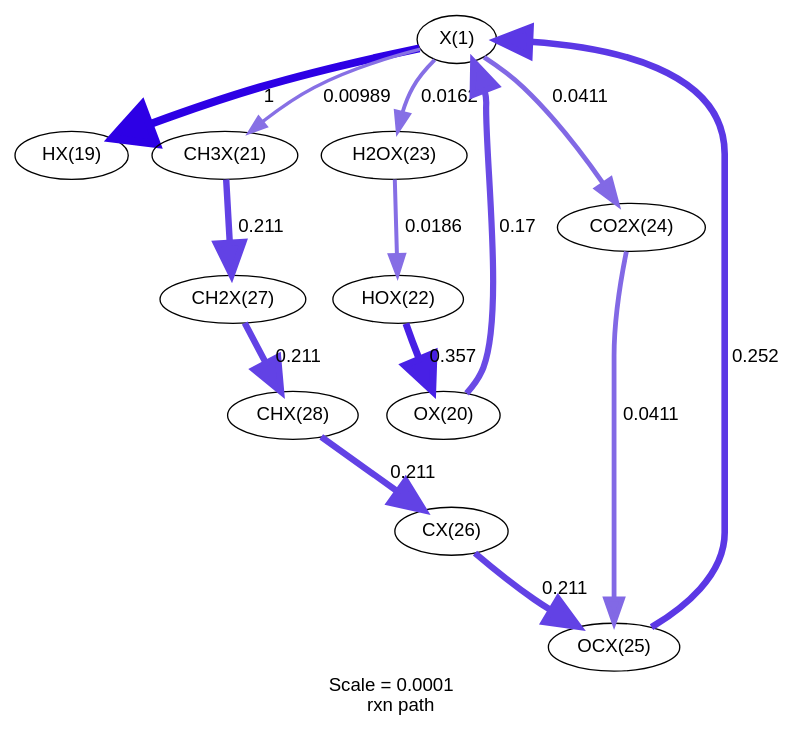
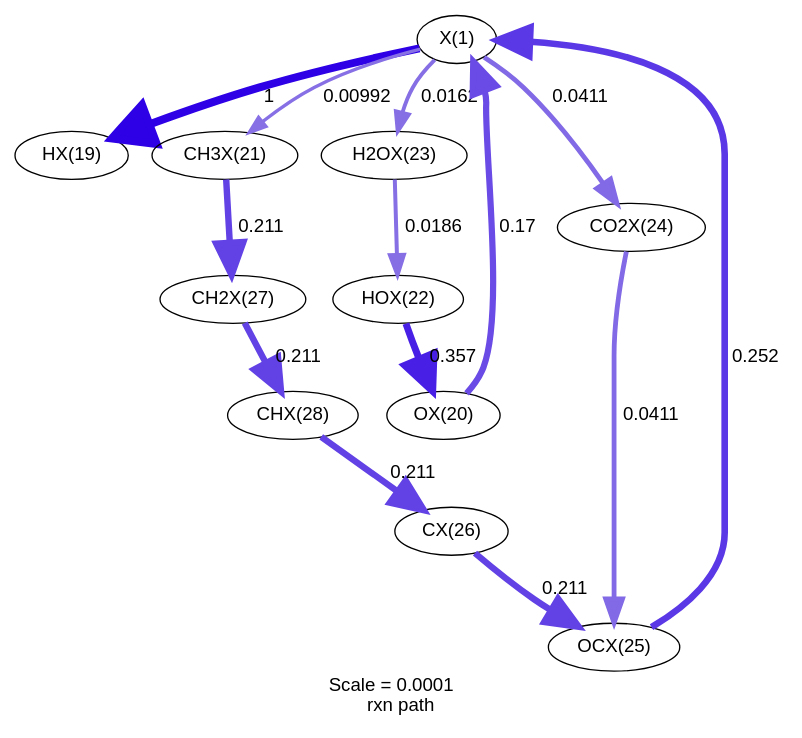
One commit to comocheng/cpox changed the diagram in rh/rxnpath/rxnpath-1.8-x-11.83mm.dot. Above: the diagram before and after it, drawn with Graphviz. The commit also changed 501 other files, not shown here.

```diff
--- a/rh/rxnpath/rxnpath-1.8-x-11.83mm.dot
+++ b/rh/rxnpath/rxnpath-1.8-x-11.83mm.dot
@@ -1,42 +1,42 @@
 digraph reaction_paths {
 center=1;
-s22 -> s23[fontname="Helvetica", penwidth=6, arrowsize=3, color="0.7, 1.5, 0.9"
+s27 -> s28[fontname="Helvetica", penwidth=6, arrowsize=3, color="0.7, 1.5, 0.9"
 , label=" 1"];
-s24 -> s22[fontname="Helvetica", penwidth=4.66, arrowsize=2.33, color="0.7, 0.67, 0.9"
+s29 -> s27[fontname="Helvetica", penwidth=4.66, arrowsize=2.33, color="0.7, 0.67, 0.9"
 , label=" 0.17"];
-s22 -> s25[fontname="Helvetica", penwidth=2.52, arrowsize=1.26, color="0.7, 0.51, 0.9"
-, label=" 0.00989"];
-s29 -> s22[fontname="Helvetica", penwidth=4.96, arrowsize=2.48, color="0.7, 0.752, 0.9"
+s27 -> s30[fontname="Helvetica", penwidth=2.52, arrowsize=1.26, color="0.7, 0.51, 0.9"
+, label=" 0.00992"];
+s34 -> s27[fontname="Helvetica", penwidth=4.96, arrowsize=2.48, color="0.7, 0.752, 0.9"
 , label=" 0.252"];
-s22 -> s27[fontname="Helvetica", penwidth=2.89, arrowsize=1.44, color="0.7, 0.516, 0.9"
+s27 -> s32[fontname="Helvetica", penwidth=2.89, arrowsize=1.44, color="0.7, 0.516, 0.9"
 , label=" 0.0162"];
-s22 -> s28[fontname="Helvetica", penwidth=3.59, arrowsize=1.8, color="0.7, 0.541, 0.9"
+s27 -> s33[fontname="Helvetica", penwidth=3.59, arrowsize=1.8, color="0.7, 0.541, 0.9"
 , label=" 0.0411"];
-s26 -> s24[fontname="Helvetica", penwidth=5.22, arrowsize=2.61, color="0.7, 0.857, 0.9"
+s31 -> s29[fontname="Helvetica", penwidth=5.22, arrowsize=2.61, color="0.7, 0.857, 0.9"
 , label=" 0.357"];
-s27 -> s26[fontname="Helvetica", penwidth=2.99, arrowsize=1.5, color="0.7, 0.519, 0.9"
+s32 -> s31[fontname="Helvetica", penwidth=2.99, arrowsize=1.5, color="0.7, 0.519, 0.9"
 , label=" 0.0186"];
-s25 -> s31[fontname="Helvetica", penwidth=4.82, arrowsize=2.41, color="0.7, 0.711, 0.9"
+s30 -> s36[fontname="Helvetica", penwidth=4.82, arrowsize=2.41, color="0.7, 0.711, 0.9"
 , label=" 0.211"];
-s31 -> s32[fontname="Helvetica", penwidth=4.82, arrowsize=2.41, color="0.7, 0.711, 0.9"
+s36 -> s37[fontname="Helvetica", penwidth=4.82, arrowsize=2.41, color="0.7, 0.711, 0.9"
 , label=" 0.211"];
-s32 -> s30[fontname="Helvetica", penwidth=4.82, arrowsize=2.41, color="0.7, 0.711, 0.9"
+s37 -> s35[fontname="Helvetica", penwidth=4.82, arrowsize=2.41, color="0.7, 0.711, 0.9"
 , label=" 0.211"];
-s30 -> s29[fontname="Helvetica", penwidth=4.82, arrowsize=2.41, color="0.7, 0.711, 0.9"
+s35 -> s34[fontname="Helvetica", penwidth=4.82, arrowsize=2.41, color="0.7, 0.711, 0.9"
 , label=" 0.211"];
-s28 -> s29[fontname="Helvetica", penwidth=3.59, arrowsize=1.8, color="0.7, 0.541, 0.9"
+s33 -> s34[fontname="Helvetica", penwidth=3.59, arrowsize=1.8, color="0.7, 0.541, 0.9"
 , label=" 0.0411"];
-s22 [ fontname="Helvetica", label="X(1)"];
-s23 [ fontname="Helvetica", label="HX(19)"];
-s24 [ fontname="Helvetica", label="OX(20)"];
-s25 [ fontname="Helvetica", label="CH3X(21)"];
-s26 [ fontname="Helvetica", label="HOX(22)"];
-s27 [ fontname="Helvetica", label="H2OX(23)"];
-s28 [ fontname="Helvetica", label="CO2X(24)"];
-s29 [ fontname="Helvetica", label="OCX(25)"];
-s30 [ fontname="Helvetica", label="CX(26)"];
-s31 [ fontname="Helvetica", label="CH2X(27)"];
-s32 [ fontname="Helvetica", label="CHX(28)"];
+s27 [ fontname="Helvetica", label="X(1)"];
+s28 [ fontname="Helvetica", label="HX(19)"];
+s29 [ fontname="Helvetica", label="OX(20)"];
+s30 [ fontname="Helvetica", label="CH3X(21)"];
+s31 [ fontname="Helvetica", label="HOX(22)"];
+s32 [ fontname="Helvetica", label="H2OX(23)"];
+s33 [ fontname="Helvetica", label="CO2X(24)"];
+s34 [ fontname="Helvetica", label="OCX(25)"];
+s35 [ fontname="Helvetica", label="CX(26)"];
+s36 [ fontname="Helvetica", label="CH2X(27)"];
+s37 [ fontname="Helvetica", label="CHX(28)"];
  label = "Scale = 0.0001\l rxn path";
  fontname = "Helvetica";
 }
```
